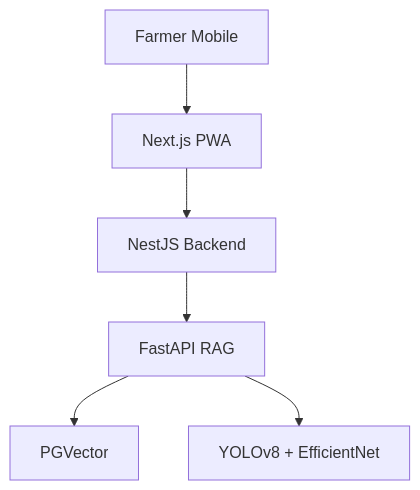
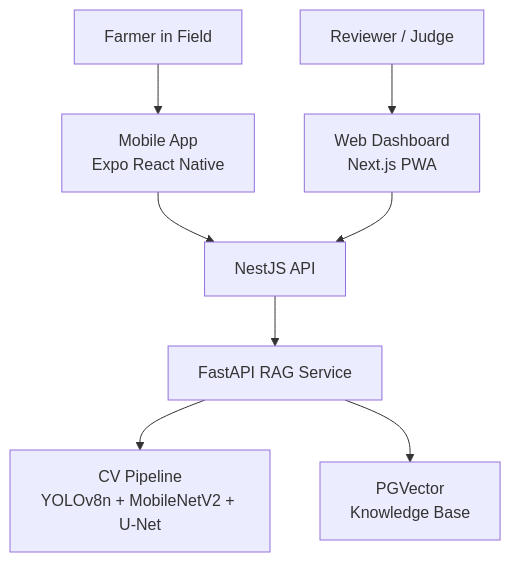
One commit to soham25-git/KRISHI-EYE_Webapp-India-Innovates_Open-Innovation changed the diagram in README.md. Above: the diagram before and after it, drawn with Mermaid. The commit also changed other lines of this file and 42 other files, not shown here.

````diff
--- a/README.md
+++ b/README.md
@@ -13,8 +33,10 @@
 ```mermaid
 graph TB
-    User[Farmer Mobile] --> Web[Next.js PWA]
-    Web --> API[NestJS Backend]
-    API --> AI[FastAPI RAG]
-    AI --> VectorDB[PGVector]
-    AI --> Models[YOLOv8 + EfficientNet]
+    Farmer[Farmer in Field] --> Mobile[Mobile App<br/>Expo React Native]
+    Judge[Reviewer / Judge] --> Web[Web Dashboard<br/>Next.js PWA]
+    Mobile --> API[NestJS API]
+    Web --> API
+    API --> AI[FastAPI RAG Service]
+    AI --> CV[CV Pipeline<br/>YOLOv8n + MobileNetV2 + U-Net]
+    AI --> VectorDB[PGVector<br/>Knowledge Base]
 ```
````
